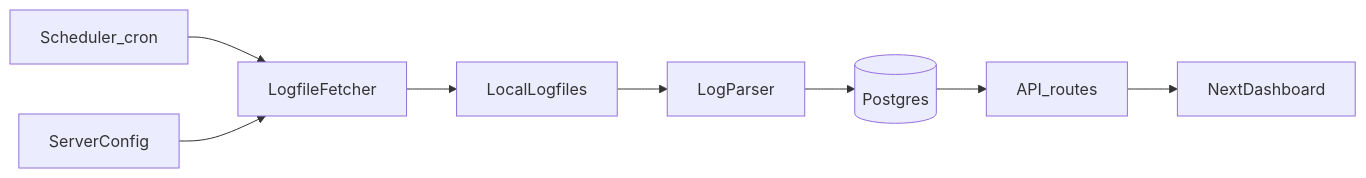
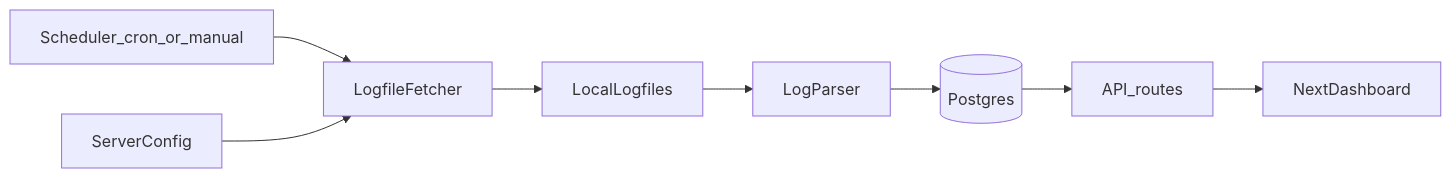
Before and after one commit to extragalactic/snorg-morgue: the diagram in docs/fetch_dcss_public_data.plan.md, drawn with Mermaid. The commit also changed other lines of this file, not shown here.

````diff
--- a/docs/fetch_dcss_public_data.plan.md
+++ b/docs/fetch_dcss_public_data.plan.md
@@ -37,10 +43,10 @@
 ```mermaid
 flowchart LR
-  schedule[Scheduler_cron] --> fetcher[LogfileFetcher]
+  schedule[Scheduler_cron_or_manual] --> fetcher[LogfileFetcher]
   config[ServerConfig] --> fetcher
   fetcher --> rawFiles[LocalLogfiles]
   rawFiles --> parser[LogParser]
   parser --> db[(Postgres)]
   db --> api[API_routes]
   api --> webApp[NextDashboard]
 ```
````
